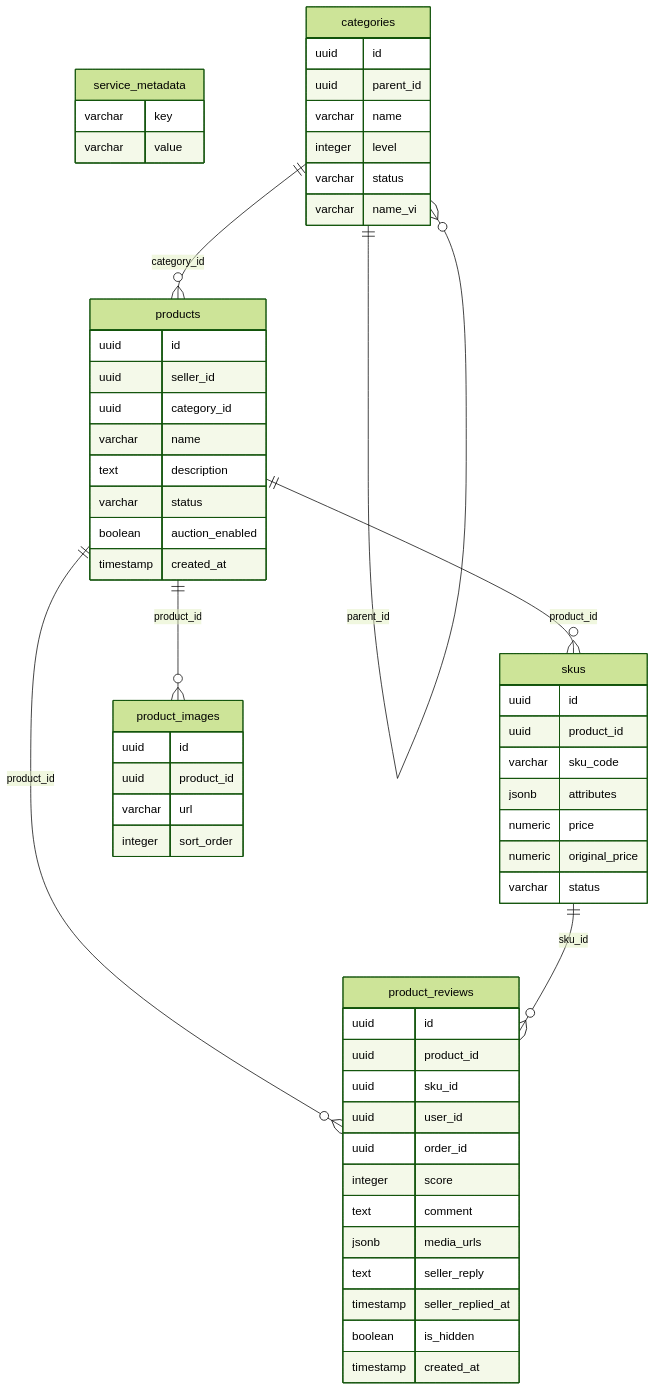
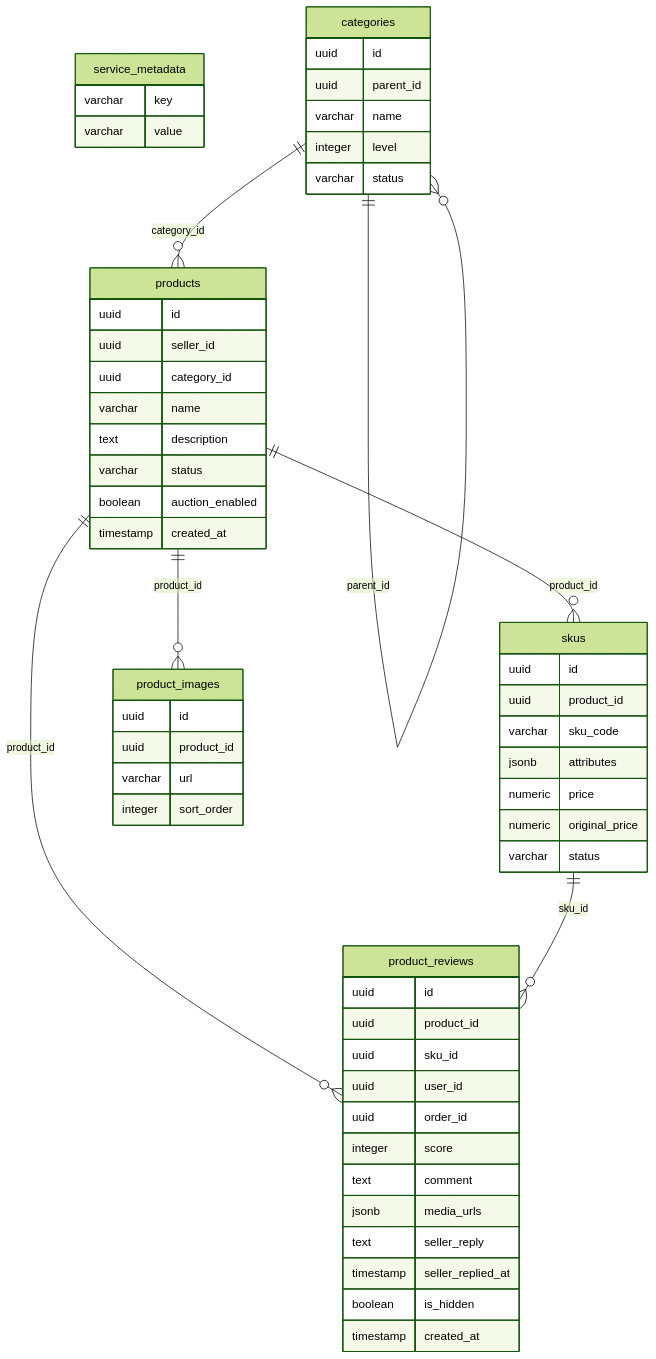
Before and after one commit to harry-leon/e-commerce-auction: the second of 7 diagrams in docs/database/ERD.md, drawn with Mermaid (forest theme). The commit also changed other lines of this file and 5 other files, not shown here.

First line of the commit message:
docs(docs): document and verify final ERD alignment

````diff
--- a/docs/database/ERD.md
+++ b/docs/database/ERD.md
@@ -43,60 +33,59 @@
 ```mermaid
 erDiagram
   service_metadata {
     varchar key
     varchar value
   }
   categories {
     uuid id
     uuid parent_id
     varchar name
     integer level
     varchar status
-    varchar name_vi
   }
   products {
     uuid id
     uuid seller_id
     uuid category_id
     varchar name
     text description
     varchar status
     boolean auction_enabled
     timestamp created_at
   }
   skus {
     uuid id
     uuid product_id
     varchar sku_code
     jsonb attributes
     numeric price
     numeric original_price
     varchar status
   }
   product_images {
     uuid id
     uuid product_id
     varchar url
     integer sort_order
   }
   product_reviews {
     uuid id
     uuid product_id
     uuid sku_id
     uuid user_id
     uuid order_id
     integer score
     text comment
     jsonb media_urls
     text seller_reply
     timestamp seller_replied_at
     boolean is_hidden
     timestamp created_at
   }
   categories ||--o{ categories : parent_id
   categories ||--o{ products : category_id
   products ||--o{ skus : product_id
   products ||--o{ product_images : product_id
   products ||--o{ product_reviews : product_id
   skus ||--o{ product_reviews : sku_id
 ```
````
